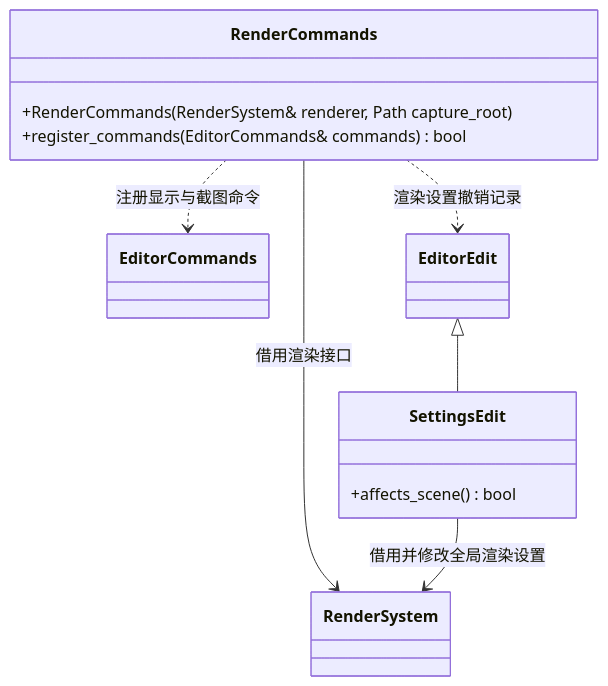
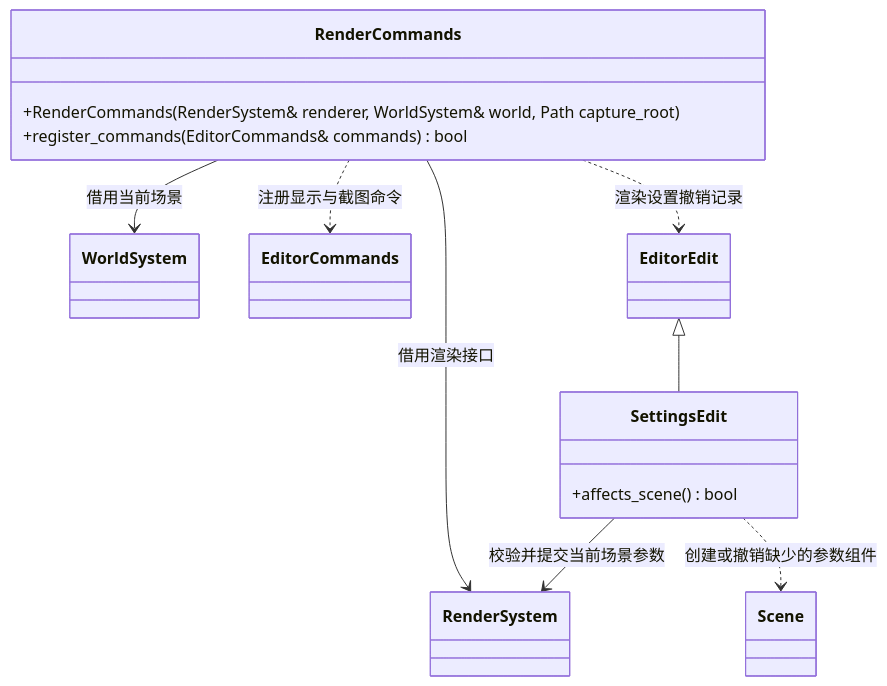
The diagram in docs/editor/class-diagrams/render-commands.md (lcals/Engine), drawn with Mermaid before and after one commit. The commit also changed other lines of this file and 104 other files, not shown here.

First line of the commit message:
feat(render): add scene environment settings and GPU IBL baking

````diff
--- a/docs/editor/class-diagrams/render-commands.md
+++ b/docs/editor/class-diagrams/render-commands.md
@@ -5,18 +5,22 @@
 ```mermaid
 classDiagram
     class RenderCommands {
-        +RenderCommands(RenderSystem& renderer, Path capture_root)
+        +RenderCommands(RenderSystem& renderer, WorldSystem& world, Path capture_root)
         +register_commands(EditorCommands& commands) bool
     }
     class RenderSystem
+    class WorldSystem
+    class Scene
     class EditorCommands
     class EditorEdit
     class SettingsEdit {
         +affects_scene() bool
     }
     RenderCommands --> RenderSystem : 借用渲染接口
+    RenderCommands --> WorldSystem : 借用当前场景
     RenderCommands ..> EditorCommands : 注册显示与截图命令
     RenderCommands ..> EditorEdit : 渲染设置撤销记录
     EditorEdit <|-- SettingsEdit
-    SettingsEdit --> RenderSystem : 借用并修改全局渲染设置
+    SettingsEdit --> RenderSystem : 校验并提交当前场景参数
+    SettingsEdit ..> Scene : 创建或撤销缺少的参数组件
 ```
````
